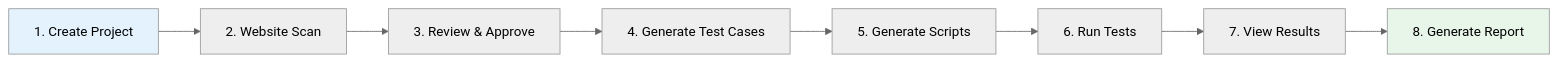
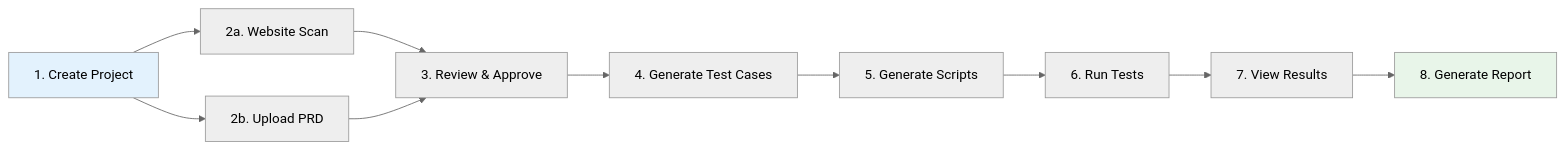
One commit to multiplex-ai/muggle-ai-docs changed the fifth of 5 diagrams in mcp/mcp-concepts.md. Above: the diagram before and after it, drawn with Mermaid (neutral theme). The commit also changed other lines of this file and 3 other files, not shown here.

````diff
--- a/mcp/mcp-concepts.md
+++ b/mcp/mcp-concepts.md
@@ -141,13 +142,15 @@
 ```mermaid
 flowchart LR
-    A["1. Create Project"] --> B["2. Website Scan"]
-    B --> C["3. Review & Approve"]
+    A["1. Create Project"] --> B1["2a. Website Scan"]
+    A --> B2["2b. Upload PRD"]
+    B1 --> C["3. Review & Approve"]
+    B2 --> C
     C --> D["4. Generate Test Cases"]
     D --> E["5. Generate Scripts"]
     E --> F["6. Run Tests"]
     F --> G["7. View Results"]
     G --> H["8. Generate Report"]
 
     style A fill:#e3f2fd
     style H fill:#e8f5e9
 ```
````
